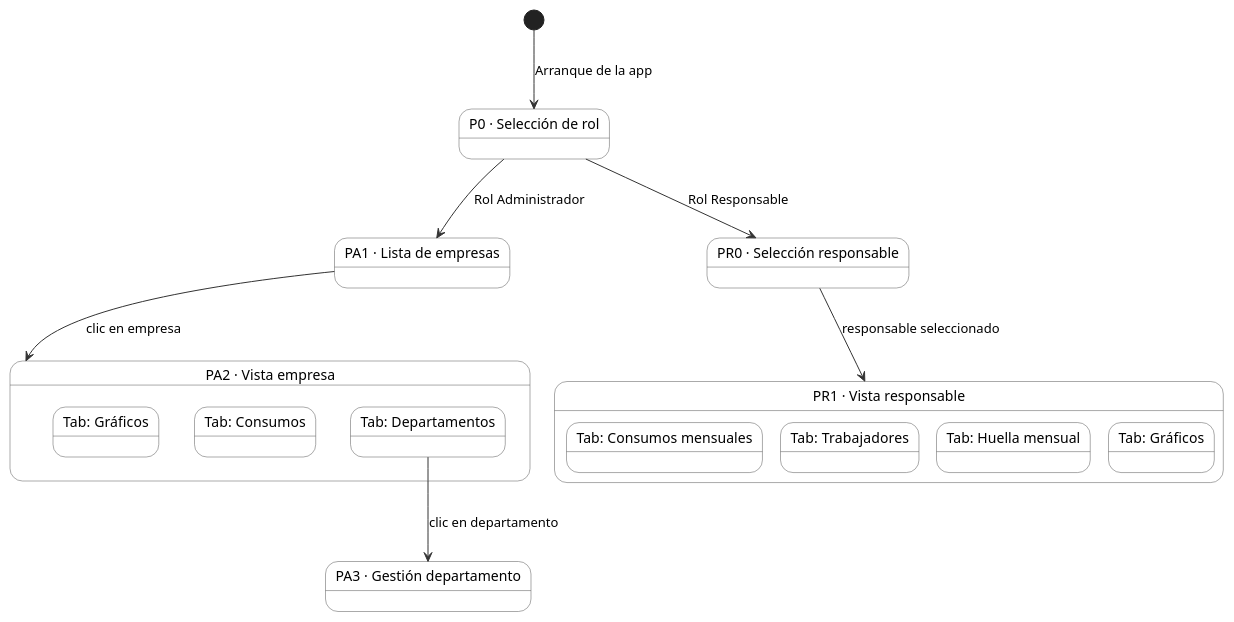
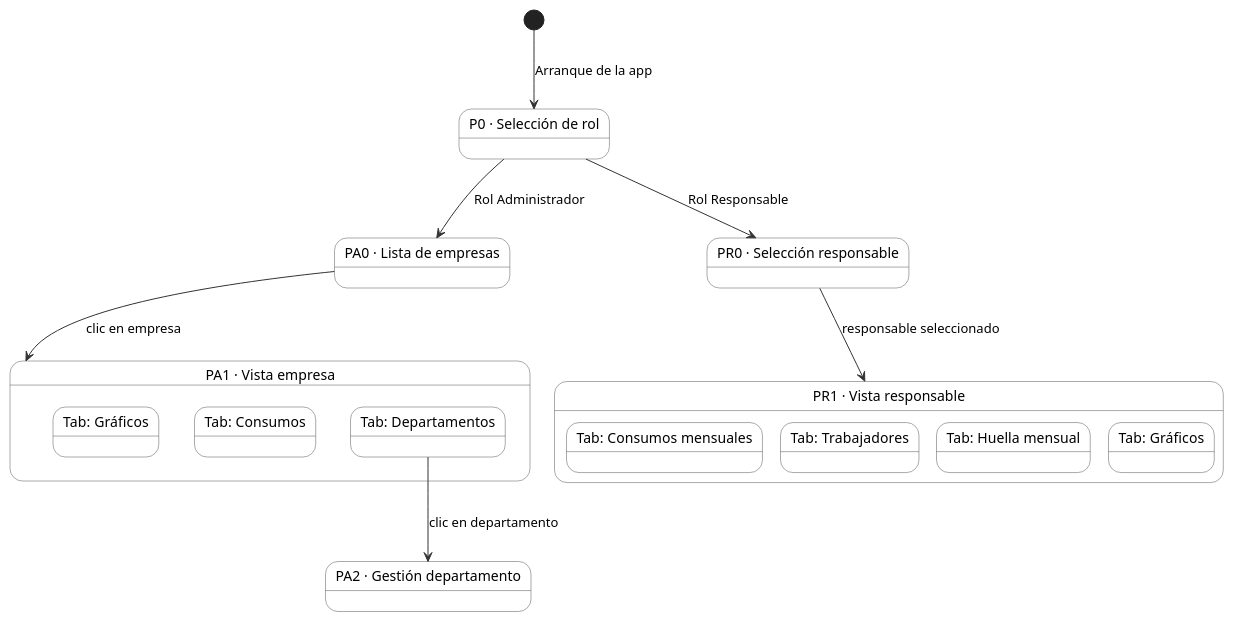
The diagram in docs/ui/navegacion.puml (noeparamenos/carbonAudit_manager), drawn with PlantUML before and after one commit. The commit also changed 33 other files, not shown here.

```diff
--- a/docs/ui/navegacion.puml
+++ b/docs/ui/navegacion.puml
@@ -1,38 +1,38 @@
 @startuml Navegación - CarbonAudit Manager
 
 skinparam state {
     BackgroundColor White
     BorderColor #555
     ArrowColor #333
 }
 
 [*] --> P0 : Arranque de la app
 
 state "P0 · Selección de rol"          as P0
-state "PA1 · Lista de empresas"        as PA1
-state "PA3 · Gestión departamento"     as PA3
+state "PA0 · Lista de empresas"        as PA0
+state "PA2 · Gestión departamento"     as PA2
 state "PR0 · Selección responsable"    as PR0
 
-state "PA2 · Vista empresa" as PA2 {
-    state "Tab: Departamentos" as PA2_depts
-    state "Tab: Consumos"      as PA2_consumos
-    state "Tab: Gráficos"      as PA2_graficos
+state "PA1 · Vista empresa" as PA1 {
+    state "Tab: Departamentos" as PA1_depts
+    state "Tab: Consumos"      as PA1_consumos
+    state "Tab: Gráficos"      as PA1_graficos
 }
 
 state "PR1 · Vista responsable" as PR1 {
     state "Tab: Consumos mensuales" as PR1_consumos
     state "Tab: Trabajadores"       as PR1_trabajadores
     state "Tab: Huella mensual"     as PR1_huella
     state "Tab: Gráficos"           as PR1_graficos
 }
 
-P0  --> PA1 : Rol Administrador
+P0  --> PA0 : Rol Administrador
 P0  --> PR0 : Rol Responsable
 
-PA1 --> PA2 : clic en empresa
+PA0 --> PA1 : clic en empresa
 
-PA2_depts --> PA3 : clic en departamento
+PA1_depts --> PA2 : clic en departamento
 
 PR0 --> PR1 : responsable seleccionado
 
 @enduml
```
